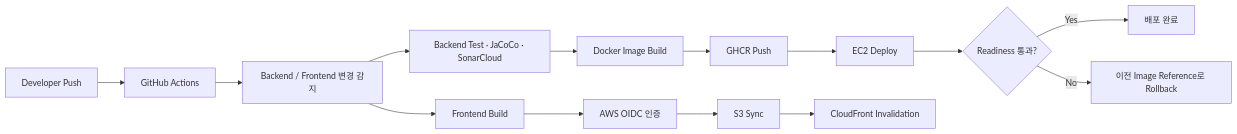
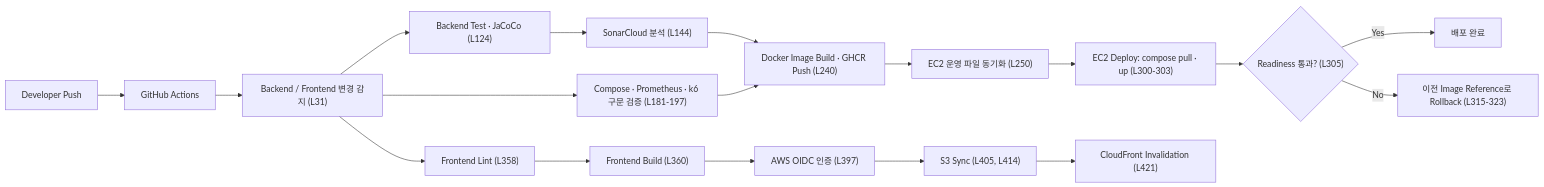
One commit to Sungw0o/Booktown-V2 changed the third of 5 diagrams in README.md. Above: the diagram before and after it, drawn with Mermaid. The commit also changed other lines of this file, not shown here.

````diff
--- a/README.md
+++ b/README.md
@@ -53,18 +135,22 @@
 ```mermaid
 flowchart LR
     DEV["Developer Push"] --> GH["GitHub Actions"]
-    GH --> PATH["Backend / Frontend 변경 감지"]
+    GH --> PATH["Backend / Frontend 변경 감지 (L31)"]
 
-    PATH --> BTEST["Backend Test · JaCoCo · SonarCloud"]
-    BTEST --> IMAGE["Docker Image Build"]
-    IMAGE --> GHCR["GHCR Push"]
-    GHCR --> EC2["EC2 Deploy"]
-    EC2 --> READY{"Readiness 통과?"}
+    PATH --> BTEST["Backend Test · JaCoCo (L124)"]
+    BTEST --> SONAR["SonarCloud 분석 (L144)"]
+    PATH --> OPS["Compose · Prometheus · k6 구문 검증 (L181-197)"]
+    SONAR --> IMAGE["Docker Image Build · GHCR Push (L240)"]
+    OPS --> IMAGE
+    IMAGE --> SYNC["EC2 운영 파일 동기화 (L250)"]
+    SYNC --> EC2["EC2 Deploy: compose pull · up (L300-303)"]
+    EC2 --> READY{"Readiness 통과? (L305)"}
     READY -->|"Yes"| DONE["배포 완료"]
-    READY -->|"No"| ROLLBACK["이전 Image Reference로 Rollback"]
+    READY -->|"No"| ROLLBACK["이전 Image Reference로 Rollback (L315-323)"]
 
-    PATH --> FTEST["Frontend Build"]
-    FTEST --> OIDC["AWS OIDC 인증"]
-    OIDC --> S3["S3 Sync"]
-    S3 --> CF["CloudFront Invalidation"]
+    PATH --> FLINT["Frontend Lint (L358)"]
+    FLINT --> FTEST["Frontend Build (L360)"]
+    FTEST --> OIDC["AWS OIDC 인증 (L397)"]
+    OIDC --> S3["S3 Sync (L405, L414)"]
+    S3 --> CF["CloudFront Invalidation (L421)"]
 ```
````
